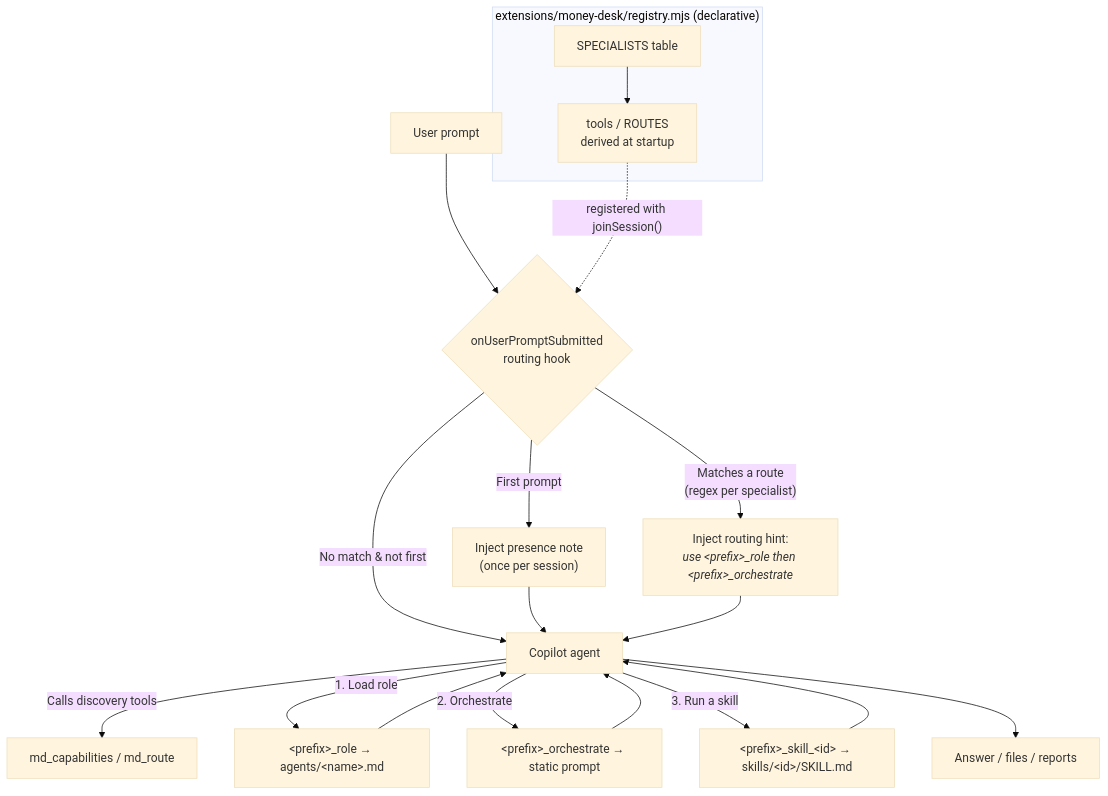
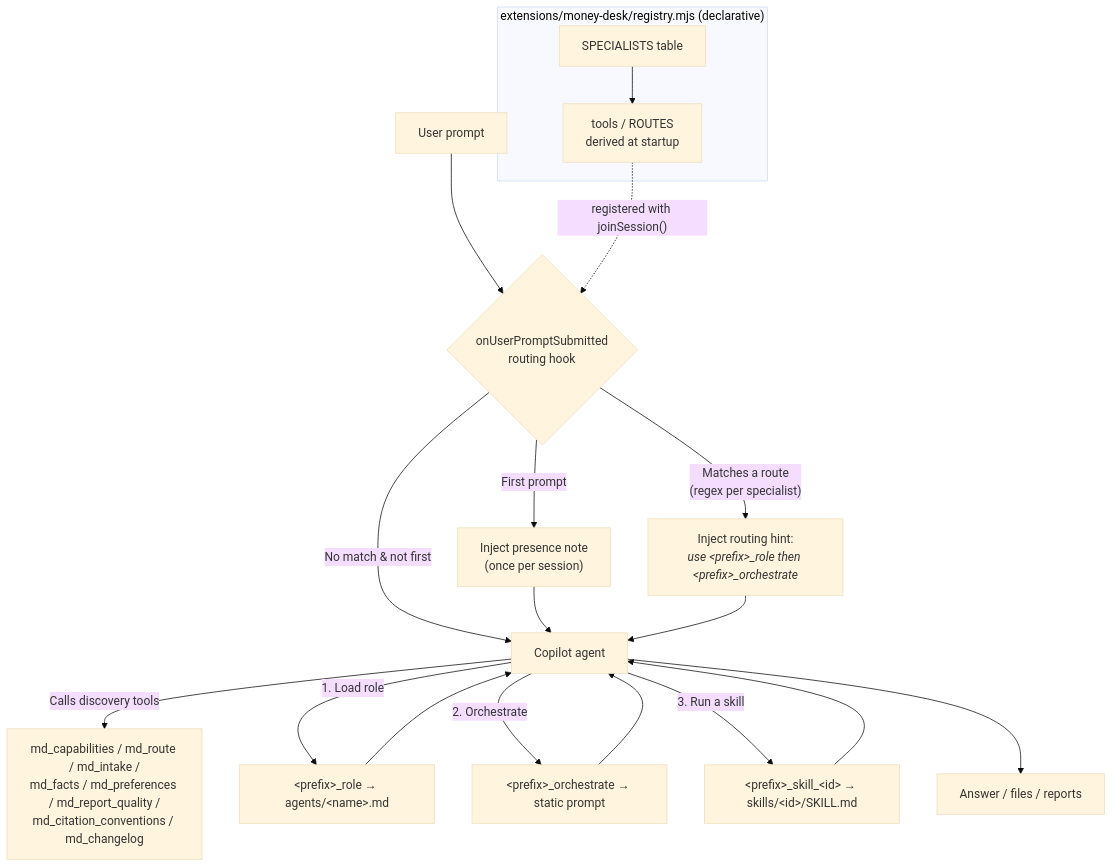
One commit to dmauser/money-desk changed the diagram in README.md. Above: the diagram before and after it, drawn with Mermaid (base theme). The commit also changed 7 other files, not shown here.

````diff
--- a/README.md
+++ b/README.md
@@ -648,22 +648,22 @@
 ```mermaid
 flowchart TD
     U[User prompt] --> H{onUserPromptSubmitted<br/>routing hook}
     H -->|"First prompt"| PRES["Inject presence note<br/>(once per session)"]
     H -->|"Matches a route<br/>(regex per specialist)"| INJ["Inject routing hint:<br/><i>use &lt;prefix&gt;_role then &lt;prefix&gt;_orchestrate</i>"]
     H -->|No match & not first| AGT
     PRES --> AGT
     INJ --> AGT[Copilot agent]
-    AGT -->|"Calls discovery tools"| MD["md_capabilities&nbsp;/ md_route"]
+    AGT -->|"Calls discovery tools"| MD["md_capabilities / md_route / md_intake /<br/>md_facts / md_preferences / md_report_quality /<br/>md_citation_conventions / md_changelog"]
     AGT -->|"1. Load role"| ROLE["&lt;prefix&gt;_role → agents/&lt;name&gt;.md"]
     AGT -->|"2. Orchestrate"| ORC["&lt;prefix&gt;_orchestrate → static prompt"]
     AGT -->|"3. Run a skill"| SK["&lt;prefix&gt;_skill_&lt;id&gt; → skills/&lt;id&gt;/SKILL.md"]
     ROLE --> AGT
     ORC --> AGT
     SK --> AGT
     AGT --> OUT[Answer / files / reports]
 
     subgraph REG["extensions/money-desk/registry.mjs (declarative)"]
         SPEC["SPECIALISTS table"] --> TOOLS["tools&nbsp;/ ROUTES<br/>derived at startup"]
     end
     TOOLS -. registered with joinSession() .-> H
 ```
````
